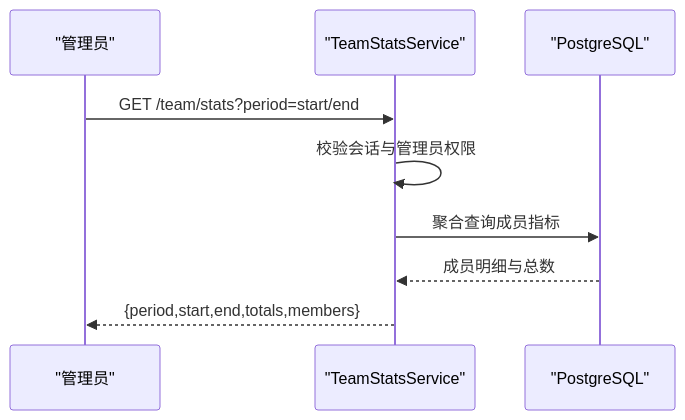
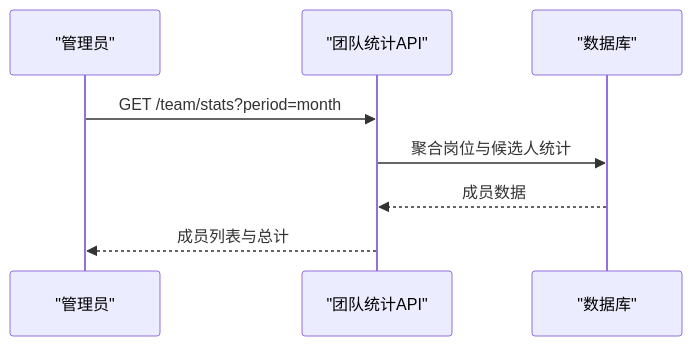
Before and after one commit to alvinwangzi/goodhr: the sixth of 10 diagrams in .qoder/repowiki/zh/content/云端后端服务/岗位运行管理/岗位监控统计.md, drawn with Mermaid. The commit also changed other lines of this file and 149 other files, not shown here.

````diff
--- a/.qoder/repowiki/zh/content/云端后端服务/岗位运行管理/岗位监控统计.md
+++ b/.qoder/repowiki/zh/content/云端后端服务/岗位运行管理/岗位监控统计.md
@@ -239,11 +228,10 @@
 ```mermaid
 sequenceDiagram
 participant Admin as "管理员"
-participant API as "TeamStatsService"
-participant DB as "PostgreSQL"
-Admin->>API : GET /team/stats?period=start/end
-API->>API : 校验会话与管理员权限
-API->>DB : 聚合查询成员指标
-DB-->>API : 成员明细与总数
-API-->>Admin : {period,start,end,totals,members}
+participant TS as "团队统计API"
+participant DB as "数据库"
+Admin->>TS : GET /team/stats?period=month
+TS->>DB : 聚合岗位与候选人统计
+DB-->>TS : 成员数据
+TS-->>Admin : 成员列表与总计
 ```
````
